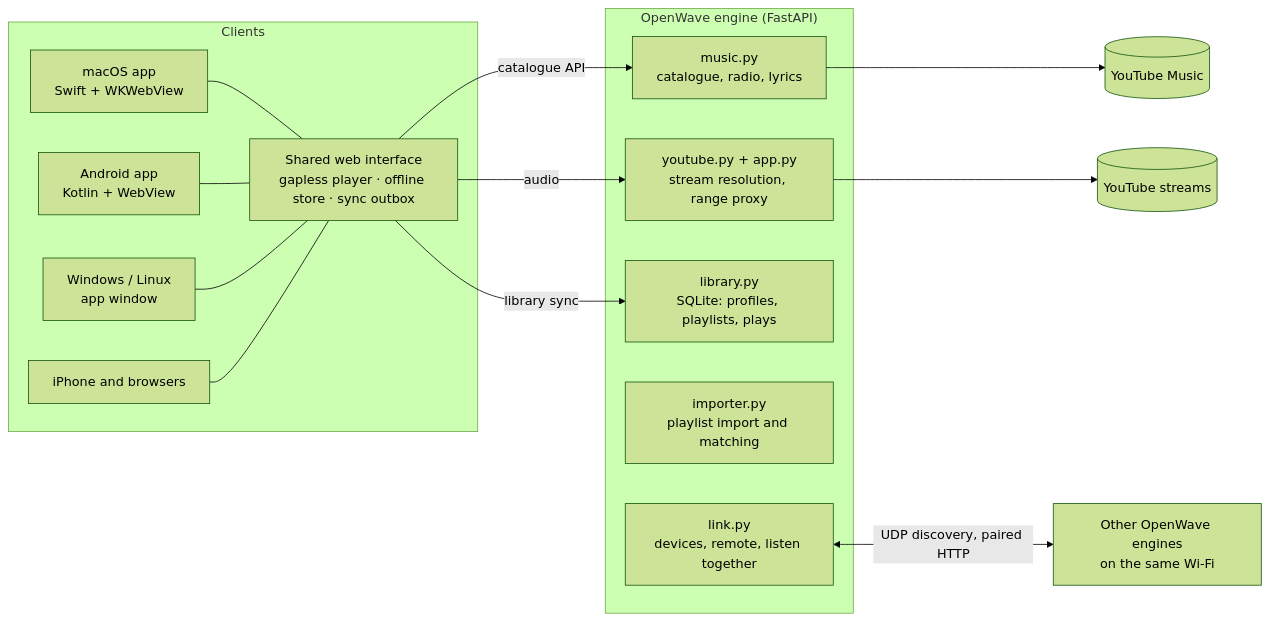
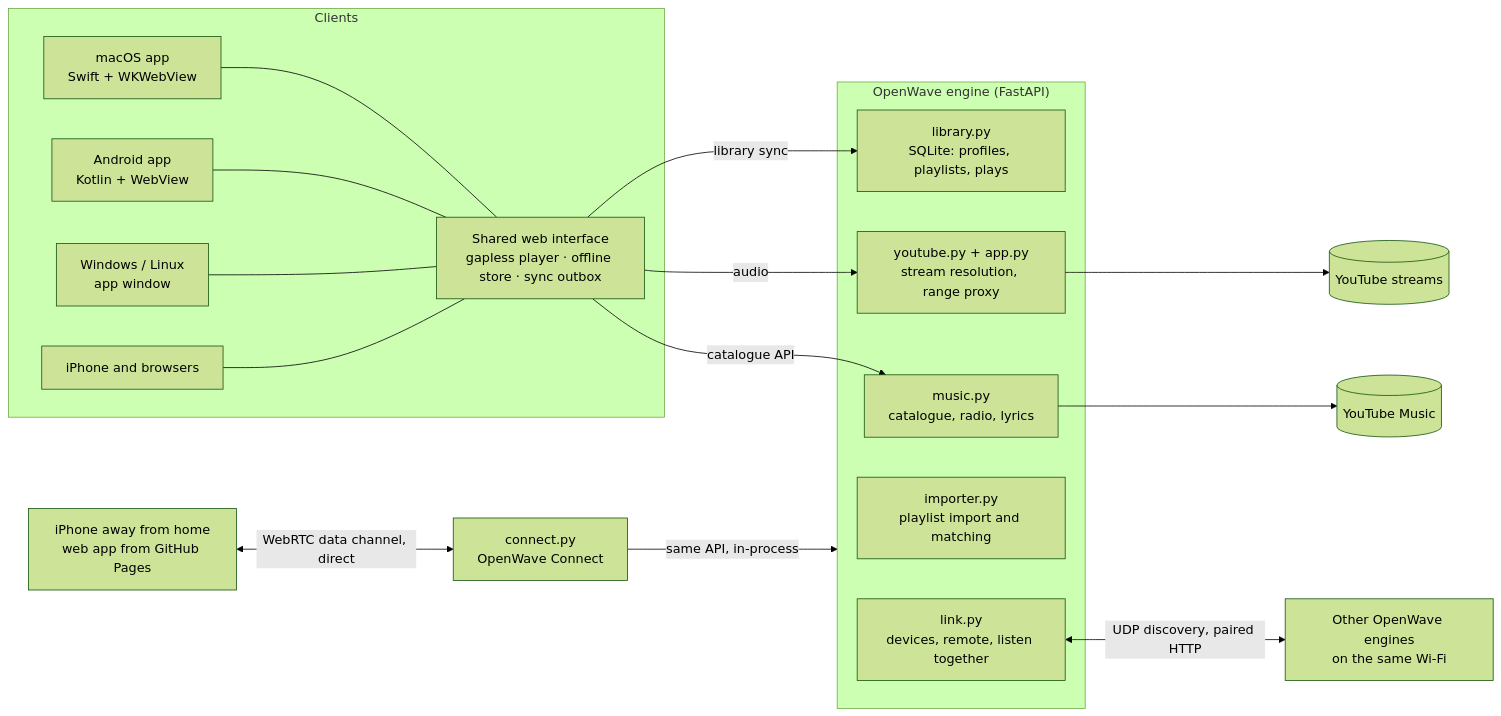
Before and after one commit to SaiSiddharthBS/OpenWave: the diagram in README.md, drawn with Mermaid (forest theme). The commit also changed other lines of this file and 73 other files, not shown here.

````diff
--- a/README.md
+++ b/README.md
@@ -263,30 +268,34 @@
 ```mermaid
 flowchart LR
   subgraph Clients
     UI["Shared web interface<br/>gapless player · offline store · sync outbox"]
     Mac["macOS app<br/>Swift + WKWebView"]
     And["Android app<br/>Kotlin + WebView"]
     Desk["Windows / Linux<br/>app window"]
     Web["iPhone and browsers"]
   end
   subgraph Engine["OpenWave engine (FastAPI)"]
     Music["music.py<br/>catalogue, radio, lyrics"]
     Stream["youtube.py + app.py<br/>stream resolution, range proxy"]
     Lib["library.py<br/>SQLite: profiles, playlists, plays"]
     Imp["importer.py<br/>playlist import and matching"]
     Link["link.py<br/>devices, remote, listen together"]
   end
   YTM[("YouTube Music")]
   YT[("YouTube streams")]
   Peers["Other OpenWave engines<br/>on the same Wi-Fi"]
   Mac --- UI
   And --- UI
   Desk --- UI
   Web --- UI
   UI -->|catalogue API| Music
   UI -->|audio| Stream
   UI -->|library sync| Lib
   Music --> YTM
   Stream --> YT
   Link <-->|UDP discovery, paired HTTP| Peers
+  Phone["iPhone away from home<br/>web app from GitHub Pages"]
+  Conn["connect.py<br/>OpenWave Connect"]
+  Phone <-->|WebRTC data channel, direct| Conn
+  Conn -->|same API, in-process| Engine
 ```
````
